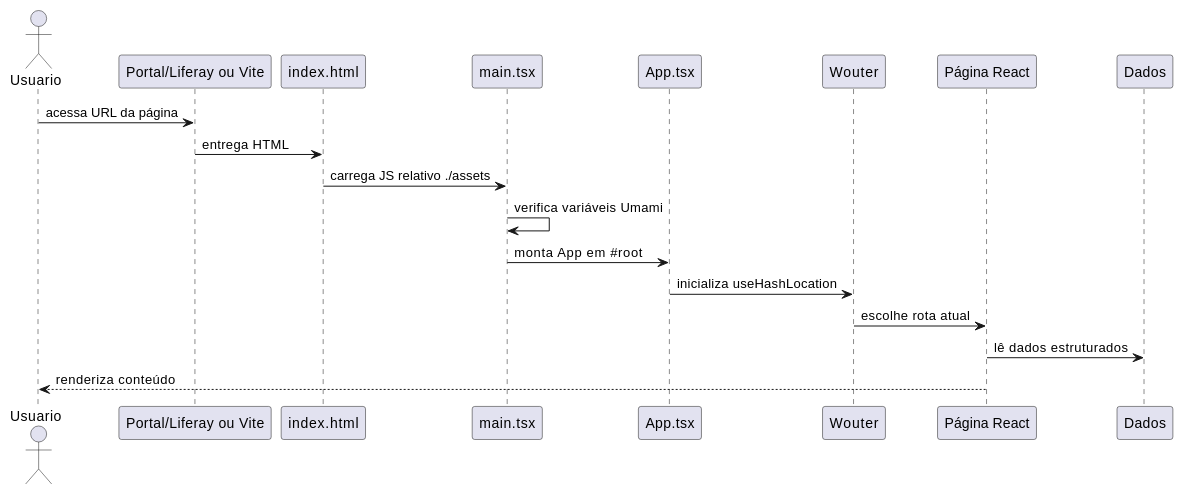
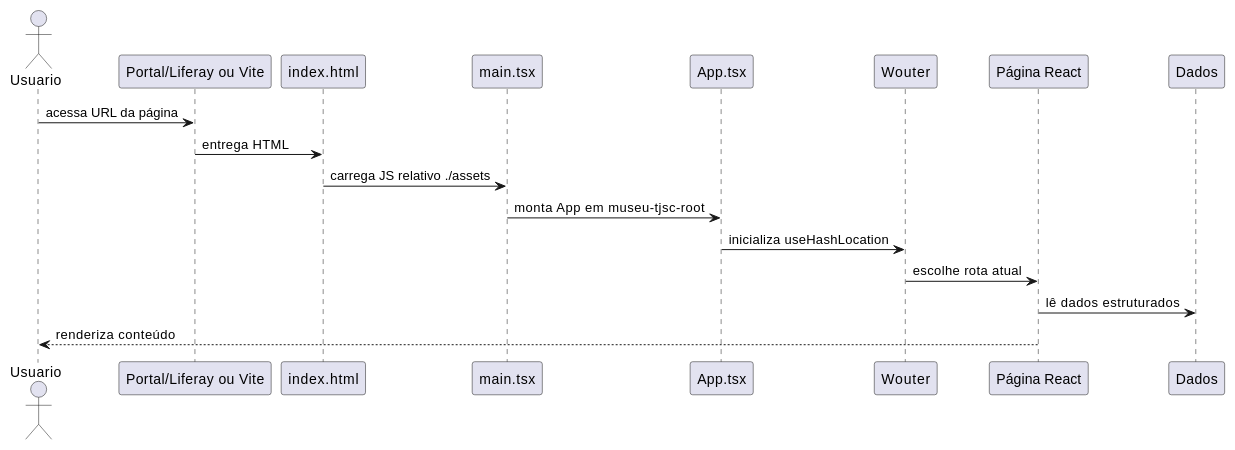
One commit to guilhermespamplona-prog/museu-tjsc changed the fourth of 8 diagrams in docs/arquitetura-uml.md. Above: the diagram before and after it, drawn with PlantUML. The commit also changed other lines of this file and 33 other files, not shown here.

````diff
--- a/docs/arquitetura-uml.md
+++ b/docs/arquitetura-uml.md
@@ -634,23 +623,22 @@
 ```plantuml
 @startuml
 actor Usuario
 participant "Portal/Liferay ou Vite" as Host
 participant "index.html" as Html
 participant "main.tsx" as Main
 participant "App.tsx" as App
 participant "Wouter" as Router
 participant "Página React" as Page
 participant "Dados" as Data
 
 Usuario -> Host : acessa URL da página
 Host -> Html : entrega HTML
 Html -> Main : carrega JS relativo ./assets
-Main -> Main : verifica variáveis Umami
-Main -> App : monta App em #root
+Main -> App : monta App em museu-tjsc-root
 App -> Router : inicializa useHashLocation
 Router -> Page : escolhe rota atual
 Page -> Data : lê dados estruturados
 Page --> Usuario : renderiza conteúdo
 
 @enduml
 ```
````
